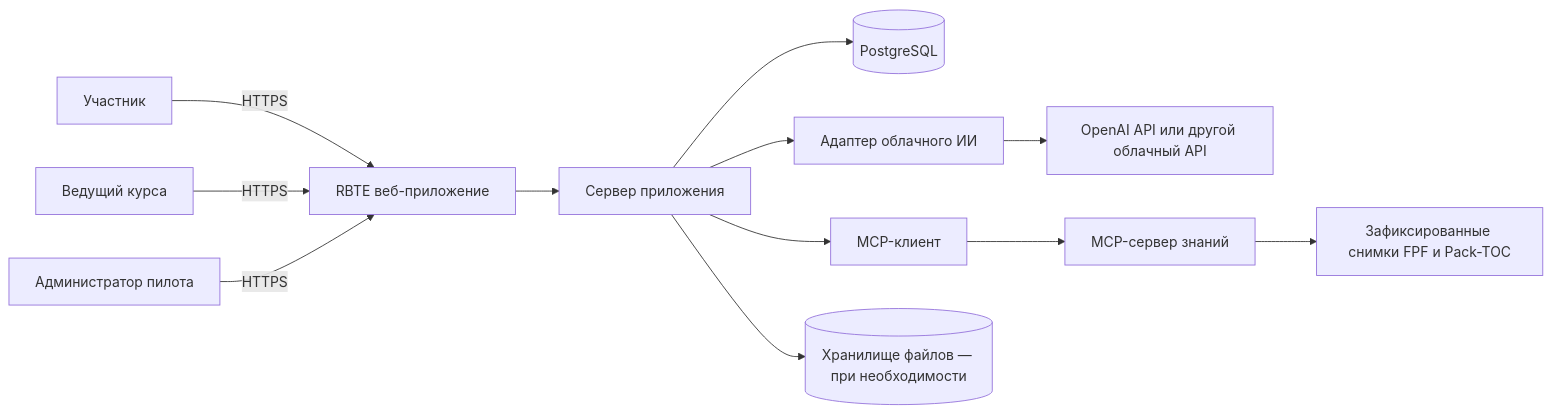
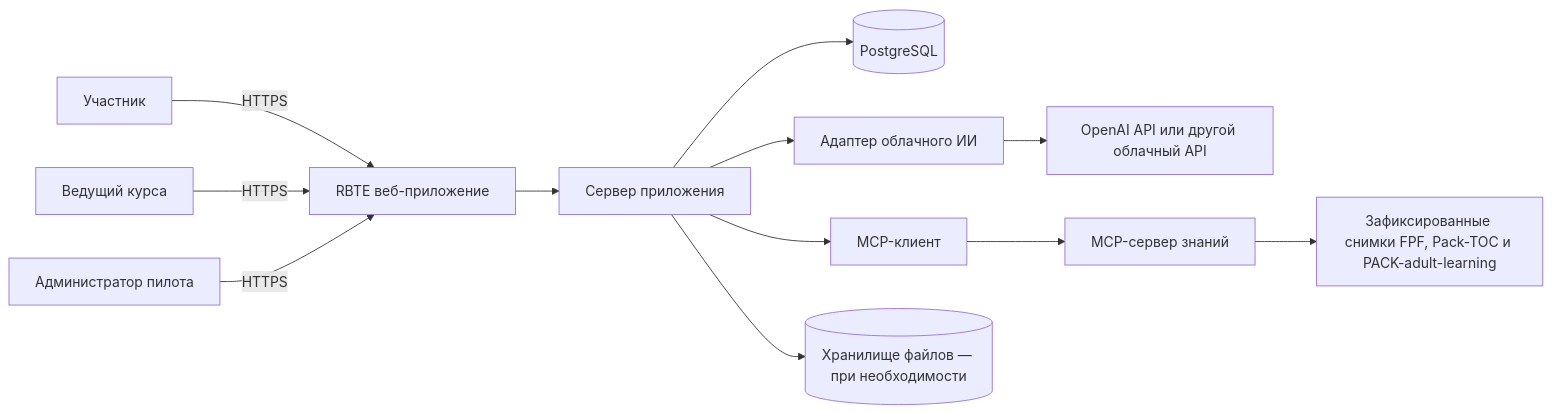
Before and after one commit to ARB774/DS-RBTE: the first of 4 diagrams in WP-45/Архитектура и модель данных первого варианта RBTE.md, drawn with Mermaid. The commit also changed other lines of this file and 1 other file, not shown here.

````diff
--- a/WP-45/Архитектура и модель данных первого варианта RBTE.md
+++ b/WP-45/Архитектура и модель данных первого варианта RBTE.md
@@ -33,14 +33,14 @@
 ```mermaid
 flowchart LR
     U[Участник] -->|HTTPS| WEB[RBTE веб-приложение]
     F[Ведущий курса] -->|HTTPS| WEB
     A[Администратор пилота] -->|HTTPS| WEB
     WEB --> APP[Сервер приложения]
     APP --> DB[(PostgreSQL)]
     APP --> AI[Адаптер облачного ИИ]
     AI --> OAI[OpenAI API или другой облачный API]
     APP --> MCPC[MCP-клиент]
     MCPC --> MCPS[MCP-сервер знаний]
-    MCPS --> SNAP[Зафиксированные снимки FPF и Pack-TOC]
+    MCPS --> SNAP[Зафиксированные снимки FPF, Pack-TOC и PACK-adult-learning]
     APP --> OBJ[(Хранилище файлов — при необходимости)]
 ```
````
